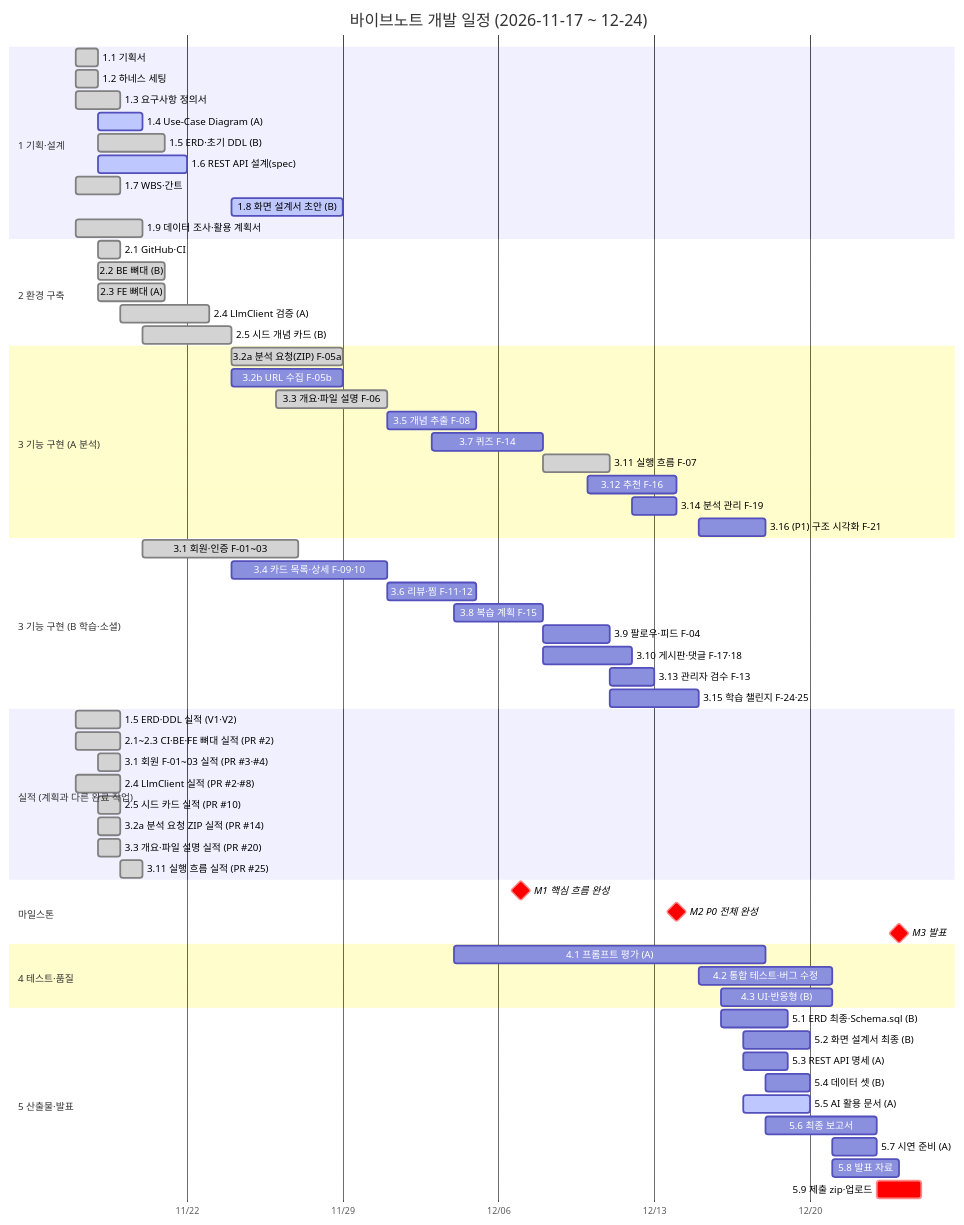
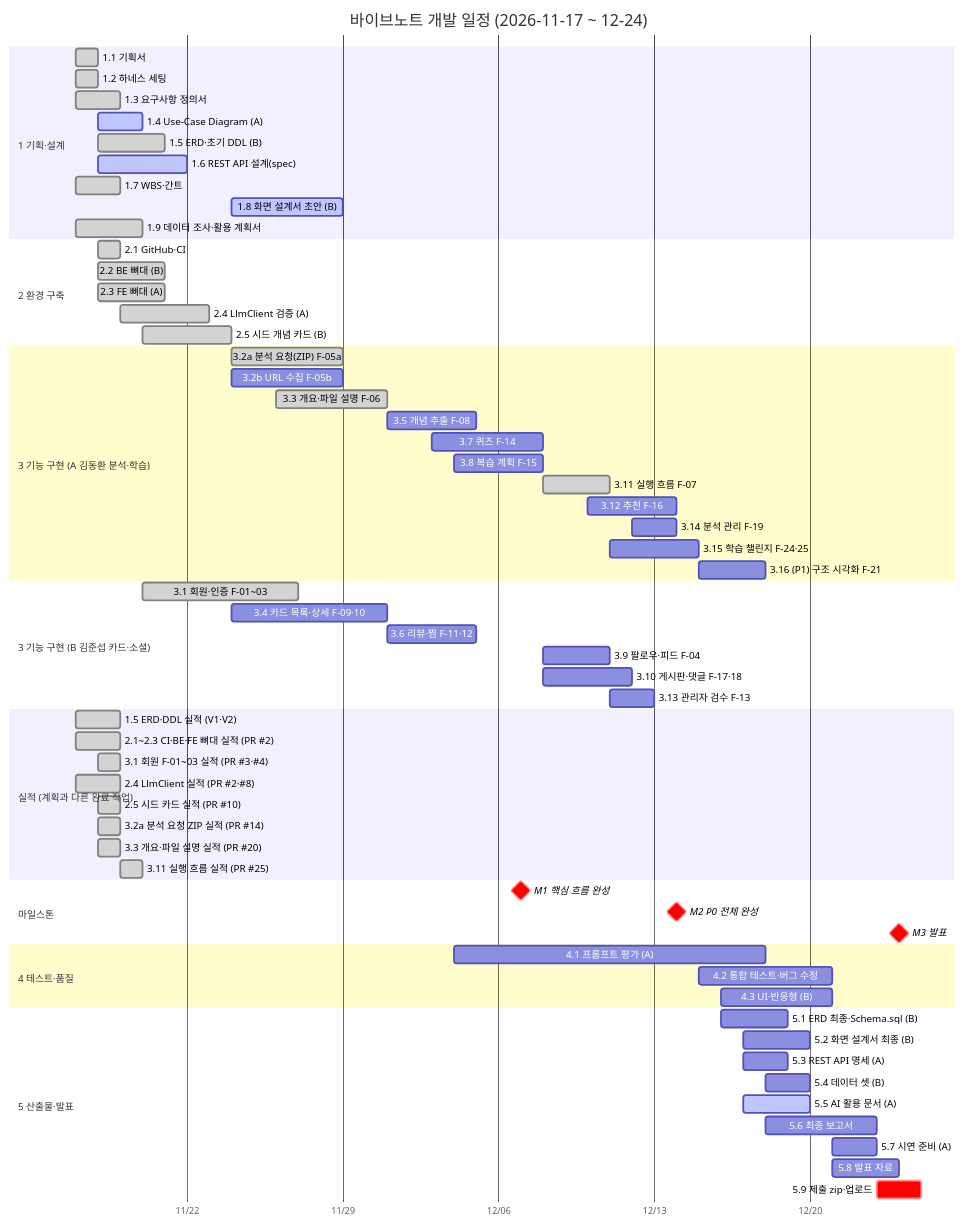
One commit to whans1996/final changed the diagram in docs/산출물/05-간트차트.md. Above: the diagram before and after it, drawn with Mermaid. The commit also changed 23 other files, not shown here.

````diff
--- a/docs/산출물/05-간트차트.md
+++ b/docs/산출물/05-간트차트.md
@@ -7,77 +7,77 @@
 ```mermaid
 gantt
   title 바이브노트 개발 일정 (2026-11-17 ~ 12-24)
   dateFormat YYYY-MM-DD
   axisFormat %m/%d
   todayMarker off
 
   section 1 기획·설계
   1.1 기획서                     :done,    t11, 2026-11-17, 1d
   1.2 하네스 세팅                :done,    t12, 2026-11-17, 1d
   1.3 요구사항 정의서            :done,    t13, 2026-11-17, 2d
   1.4 Use-Case Diagram (A)       :active,  t14, 2026-11-18, 2d
   1.5 ERD·초기 DDL (B)           :done,    t15, 2026-11-18, 3d
   1.6 REST API 설계(spec)        :active,  t16, 2026-11-18, 4d
   1.7 WBS·간트                   :done,    t17, 2026-11-17, 2d
   1.8 화면 설계서 초안 (B)       :active,  t18, 2026-11-24, 5d
   1.9 데이터 조사·활용 계획서    :done,    t19, 2026-11-17, 3d
 
   section 2 환경 구축
   2.1 GitHub·CI                  :done,    t21, 2026-11-18, 1d
   2.2 BE 뼈대 (B)                :done,    t22, 2026-11-18, 3d
   2.3 FE 뼈대 (A)                :done,    t23, 2026-11-18, 3d
   2.4 LlmClient 검증 (A)         :done,    t24, 2026-11-19, 4d
   2.5 시드 개념 카드 (B)         :done,    t25, 2026-11-20, 4d
 
-  section 3 기능 구현 (A 분석)
+  section 3 기능 구현 (A 김동환 분석·학습)
   3.2a 분석 요청(ZIP) F-05a     :done,    t32a, 2026-11-24, 5d
   3.2b URL 수집 F-05b            :         t32b, 2026-11-24, 5d
   3.3 개요·파일 설명 F-06        :done,    t33, 2026-11-26, 5d
   3.5 개념 추출 F-08             :         t35, 2026-12-01, 4d
   3.7 퀴즈 F-14                  :         t37, 2026-12-03, 5d
+  3.8 복습 계획 F-15             :         t38, 2026-12-04, 4d
   3.11 실행 흐름 F-07            :done,    t311, 2026-12-08, 3d
   3.12 추천 F-16                 :         t312, 2026-12-10, 4d
   3.14 분석 관리 F-19            :         t314, 2026-12-12, 2d
+  3.15 학습 챌린지 F-24·25       :         t315, 2026-12-11, 4d
   3.16 (P1) 구조 시각화 F-21     :         t316, 2026-12-15, 3d
 
-  section 3 기능 구현 (B 학습·소셜)
+  section 3 기능 구현 (B 김준섭 카드·소셜)
   3.1 회원·인증 F-01~03          :done,    t31, 2026-11-20, 7d
   3.4 카드 목록·상세 F-09·10     :         t34, 2026-11-24, 7d
   3.6 리뷰·찜 F-11·12            :         t36, 2026-12-01, 4d
-  3.8 복습 계획 F-15             :         t38, 2026-12-04, 4d
   3.9 팔로우·피드 F-04           :         t39, 2026-12-08, 3d
   3.10 게시판·댓글 F-17·18       :         t310, 2026-12-08, 4d
   3.13 관리자 검수 F-13          :         t313, 2026-12-11, 2d
-  3.15 학습 챌린지 F-24·25       :         t315, 2026-12-11, 4d
 
   section 실적 (계획과 다른 완료 작업)
   1.5 ERD·DDL 실적 (V1·V2)       :done,    a15, 2026-11-17, 2d
   2.1~2.3 CI·BE·FE 뼈대 실적 (PR #2) :done, a21, 2026-11-17, 2d
   3.1 회원 F-01~03 실적 (PR #3·#4) :done,  a31, 2026-11-18, 1d
   2.4 LlmClient 실적 (PR #2·#8) :done,    a24, 2026-11-17, 2d
   2.5 시드 카드 실적 (PR #10)    :done,    a25, 2026-11-18, 1d
   3.2a 분석 요청 ZIP 실적 (PR #14) :done,  a32a, 2026-11-18, 1d
   3.3 개요·파일 설명 실적 (PR #20) :done,  a33, 2026-11-18, 1d
   3.11 실행 흐름 실적 (PR #25)   :done,    a311, 2026-11-19, 1d
 
   section 마일스톤
   M1 핵심 흐름 완성              :milestone, crit, m1, 2026-12-07, 0d
   M2 P0 전체 완성                :milestone, crit, m2, 2026-12-14, 0d
   M3 발표                        :milestone, crit, m3, 2026-12-24, 0d
 
   section 4 테스트·품질
   4.1 프롬프트 평가 (A)          :         t41, 2026-12-04, 14d
   4.2 통합 테스트·버그 수정      :         t42, 2026-12-15, 6d
   4.3 UI·반응형 (B)              :         t43, 2026-12-16, 5d
 
   section 5 산출물·발표
   5.1 ERD 최종·Schema.sql (B)    :         t51, 2026-12-16, 3d
   5.2 화면 설계서 최종 (B)       :         t52, 2026-12-17, 3d
   5.3 REST API 명세 (A)          :         t53, 2026-12-17, 2d
   5.4 데이터 셋 (B)              :         t54, 2026-12-18, 2d
   5.5 AI 활용 문서 (A)           :active,  t55, 2026-12-17, 3d
   5.6 최종 보고서                :         t56, 2026-12-18, 5d
   5.7 시연 준비 (A)              :         t57, 2026-12-21, 2d
   5.8 발표 자료                  :         t58, 2026-12-21, 3d
   5.9 제출 zip·업로드            :crit,    t59, 2026-12-23, 2d
 ```
````
